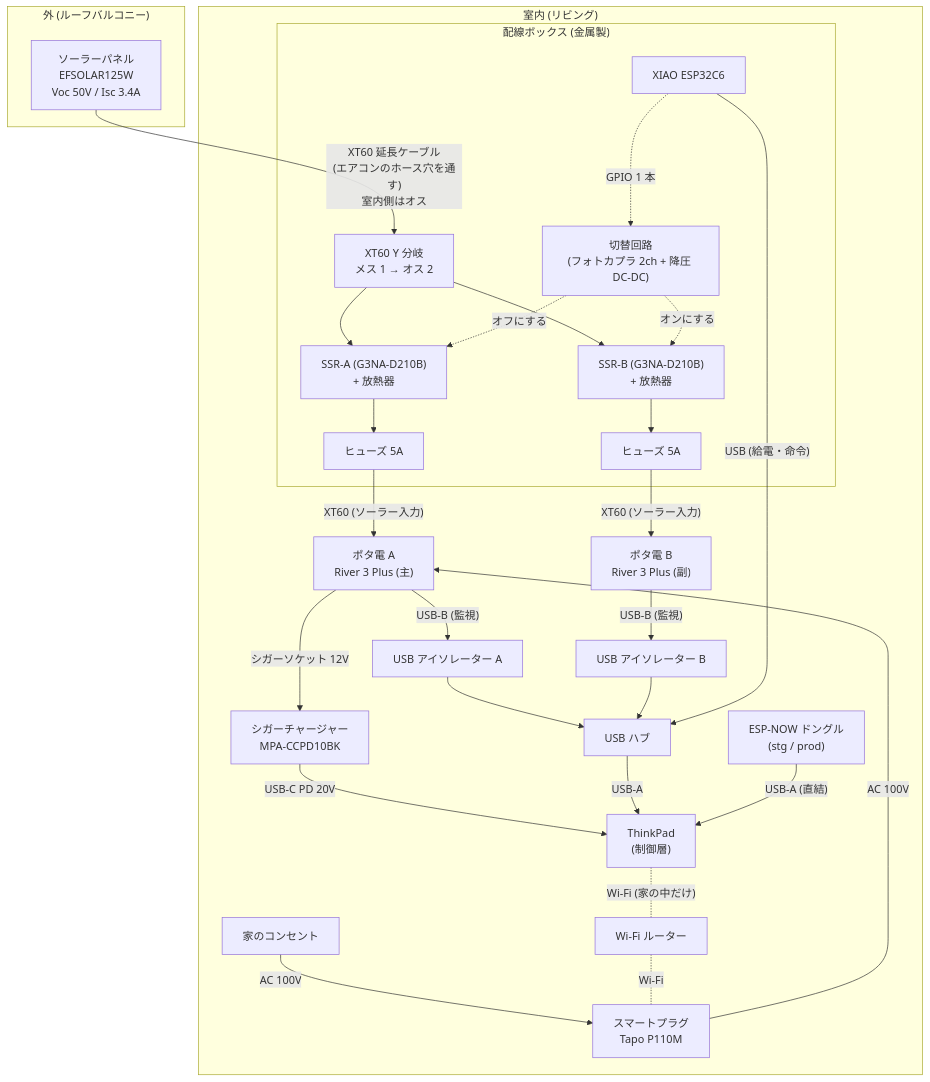
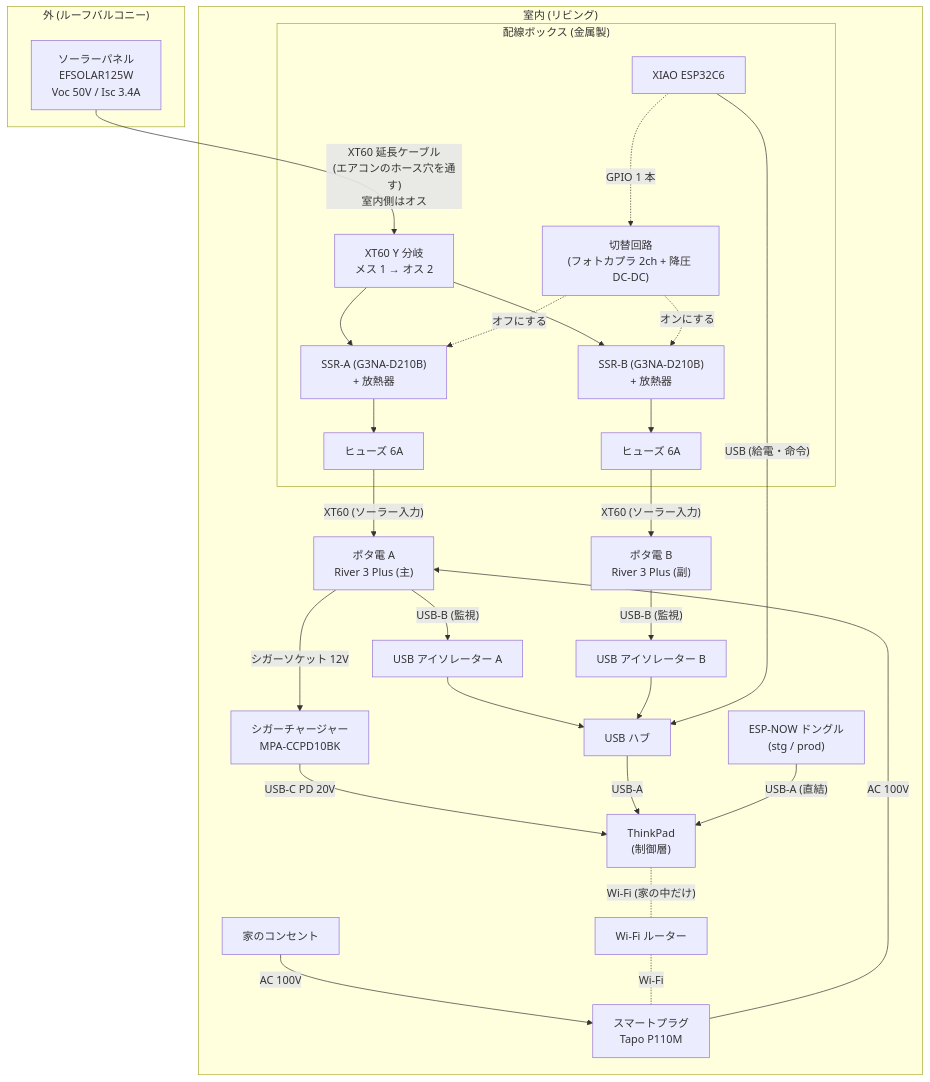
The first of 2 diagrams in docs/3_PowerSystem/01_電源システム設計.md (junkei-okinawa/FarmVerse), drawn with Mermaid before and after one commit. The commit also changed other lines of this file, not shown here.

````diff
--- a/docs/3_PowerSystem/01_電源システム設計.md
+++ b/docs/3_PowerSystem/01_電源システム設計.md
@@ -35,49 +35,49 @@
 ```mermaid
 flowchart TB
     subgraph OUT["外 (ルーフバルコニー)"]
         PV["ソーラーパネル<br/>EFSOLAR125W<br/>Voc 50V / Isc 3.4A"]
     end
 
     PV -- "XT60 延長ケーブル<br/>(エアコンのホース穴を通す)<br/>室内側はオス" --> Y
 
     subgraph IN["室内 (リビング)"]
         subgraph BOX["配線ボックス (金属製)"]
             Y["XT60 Y 分岐<br/>メス 1 → オス 2"]
             SSRA["SSR-A (G3NA-D210B)<br/>+ 放熱器"]
             SSRB["SSR-B (G3NA-D210B)<br/>+ 放熱器"]
-            FA["ヒューズ 5A"]
-            FB["ヒューズ 5A"]
+            FA["ヒューズ 6A"]
+            FB["ヒューズ 6A"]
             CTRL["切替回路<br/>(フォトカプラ 2ch + 降圧 DC-DC)"]
             ESP["XIAO ESP32C6"]
         end
 
         A["ポタ電 A<br/>River 3 Plus (主)"]
         B["ポタ電 B<br/>River 3 Plus (副)"]
         TP["ThinkPad<br/>(制御層)"]
         HUB["USB ハブ"]
         ISOA["USB アイソレーター A"]
         ISO["USB アイソレーター B"]
         CC["シガーチャージャー<br/>MPA-CCPD10BK"]
         P1["スマートプラグ<br/>Tapo P110M"]
         WALL["家のコンセント"]
         WIFI["Wi-Fi ルーター"]
         DONGLE["ESP-NOW ドングル<br/>(stg / prod)"]
     end
 
     Y --> SSRA --> FA -- "XT60 (ソーラー入力)" --> A
     Y --> SSRB --> FB -- "XT60 (ソーラー入力)" --> B
 
     A -- "シガーソケット 12V" --> CC -- "USB-C PD 20V" --> TP
     WALL -- "AC 100V" --> P1 -- "AC 100V" --> A
 
     A -- "USB-B (監視)" --> ISOA --> HUB
     B -- "USB-B (監視)" --> ISO --> HUB
     ESP -- "USB (給電・命令)" --> HUB
     HUB -- "USB-A" --> TP
     DONGLE -- "USB-A (直結)" --> TP
 
     ESP -. "GPIO 1 本" .-> CTRL
     CTRL -. "オフにする" .-> SSRA
     CTRL -. "オンにする" .-> SSRB
     TP -. "Wi-Fi (家の中だけ)" .- WIFI -. "Wi-Fi" .- P1
 ```
````
